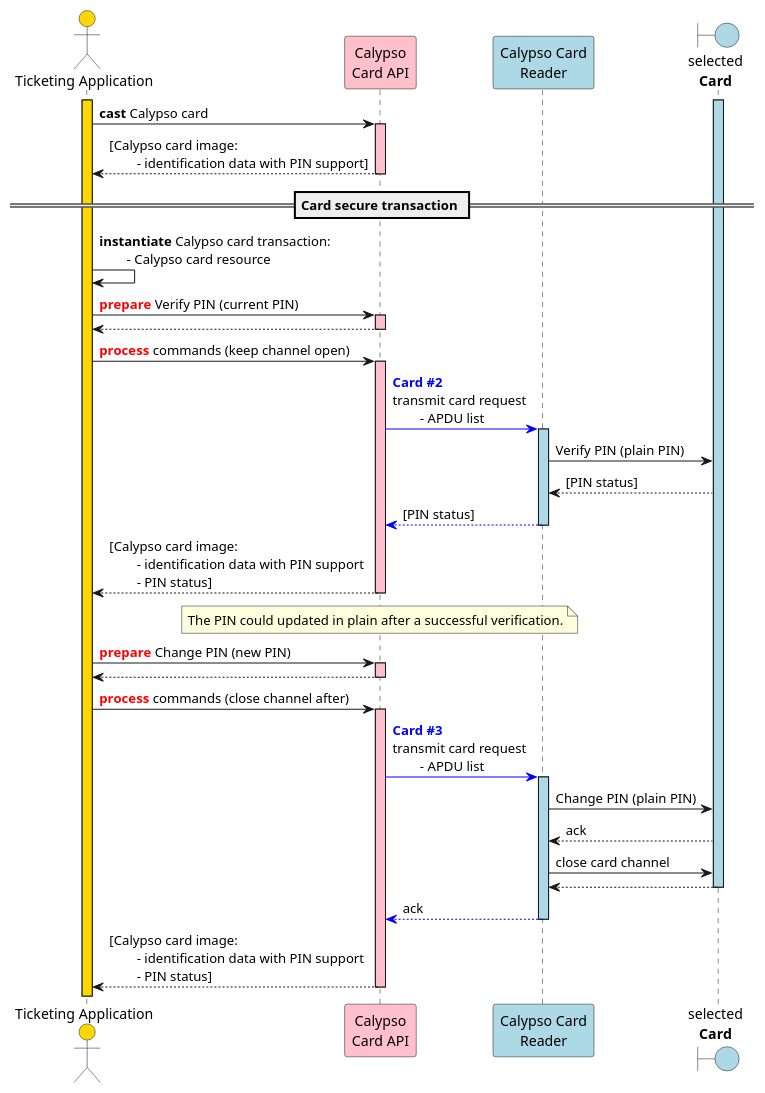
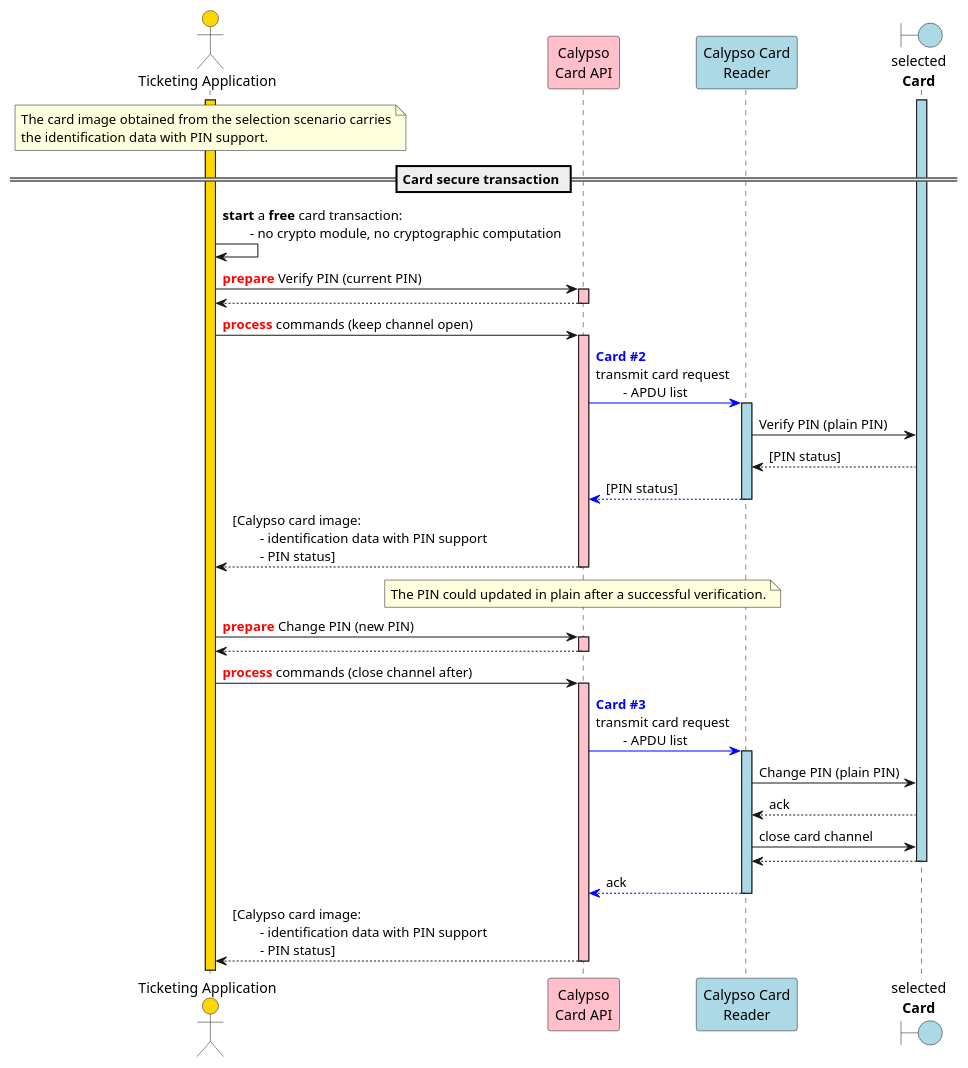
Before and after one commit to calypsonet/calypsonet-terminal-api-website: the diagram in static/media/specifications/calypso_transaction_Verify_Change_Plain_PIN_sequence_diagram.puml, drawn with PlantUML. The commit also changed 19 other files, not shown here.

Commit message:
fix: update transaction descriptions in UML diagrams for clarity and consistency

```diff
--- a/static/media/specifications/calypso_transaction_Verify_Change_Plain_PIN_sequence_diagram.puml
+++ b/static/media/specifications/calypso_transaction_Verify_Change_Plain_PIN_sequence_diagram.puml
@@ -1,112 +1,111 @@
 @startuml
 
 'skinparam ClassBorderColor #F1C40F
 skinparam ClassBorderColor #D4AC0D
 skinparam stereotypeABorderColor #A9DCDF
 skinparam stereotypeIBorderColor #B4A7E5
 skinparam stereotypeCBorderColor #ADD1B2
 skinparam stereotypeEBorderColor #EB93DF
 skinparam shadowing false
 
 skinparam StateBorderColor #D4AC0D
 skinparam ActivityBorderColor #D4AC0D
 
 ' Red
 skinparam ClassBackgroundColor<<red>> #FDEDEC
 skinparam ClassBorderColor<<red>> #E74C3C
 hide <<red>> stereotype
 ' Purple
 skinparam ClassBackgroundColor<<purple>> #F4ECF7
 skinparam ClassBorderColor<<purple>> #8E44AD
 hide <<purple>> stereotype
 ' blue
 skinparam ClassBackgroundColor<<blue>> #EBF5FB
 skinparam ClassBorderColor<<blue>> #3498DB
 hide <<blue>> stereotype
 ' Green
 skinparam ClassBackgroundColor<<green>> #EAFAF1
 skinparam ClassBorderColor<<green>> #2ECC71
 hide <<green>> stereotype
 
 ' Orange
 skinparam ClassBackgroundColor<<orange>> #FDF2E9
 skinparam ClassBorderColor<<orange>> #E67E22
 hide <<orange>> stereotype
 
 ' Grey
 skinparam ClassBackgroundColor<<grey>> #EAECEE
 skinparam ClassBorderColor<<grey>> #2C3E50
 hide <<grey>> stereotype
 
 actor "Ticketing Application" as app #gold
 participant "Calypso\nCard API" as capi #pink
 participant "Calypso Card\nReader" as cardReader #lightBlue
 boundary "selected\n**Card**" as card #lightBlue
 
 activate app #gold
 
 activate card #lightBlue
 
-app->capi: **cast** Calypso card
-activate capi  #pink
-capi-->app: [Calypso card image:\n\t- identification data with PIN support]
-
-deactivate capi
+note over app
+    The card image obtained from the selection scenario carries
+    the identification data with PIN support.
+end note
 
 == Card secure transaction ==
 
-app->app: **instantiate** Calypso card transaction:\n\t- Calypso card resource
+app->app: **start** a **free** card transaction:\n\t- no crypto module, no cryptographic computation
 
 app->capi: <font color=red>**prepare**</font> Verify PIN (current PIN)
 activate capi  #pink
 capi-->app
 deactivate capi
 
 app->capi: <font color=red>**process**</font> commands (keep channel open)
 activate capi  #pink
 
 capi-[#0000FF]>cardReader: <font color=blue>**Card #2**</font>\ntransmit card request\n\t- APDU list
 activate cardReader #lightBlue
 
 'group Card APDU commands inside session
     cardReader->card: Verify PIN (plain PIN)
     card-->cardReader: [PIN status]
 'end
 
 cardReader-[#0000FF]->capi: [PIN status]
 deactivate cardReader
 
 capi-->app: [Calypso card image:\n\t- identification data with PIN support\n\t- PIN status]
 deactivate capi
 
 note over capi
     The PIN could updated in plain after a successful verification.
 end note
 
 app->capi: <font color=red>**prepare**</font> Change PIN (new PIN)
 activate capi  #pink
 capi-->app
 deactivate capi
 
 app->capi: <font color=red>**process**</font> commands (close channel after)
 activate capi  #pink
 
 capi-[#0000FF]>cardReader: <font color=blue>**Card #3**</font>\ntransmit card request\n\t- APDU list
 activate cardReader #lightBlue
 
 'group Card APDU commands inside session
     cardReader->card: Change PIN (plain PIN)
     card-->cardReader: ack
     cardReader->card: close card channel
     card-->cardReader
 'end
 deactivate card
 
 cardReader-[#0000FF]->capi: ack
 deactivate cardReader
 
 capi-->app: [Calypso card image:\n\t- identification data with PIN support\n\t- PIN status]
 deactivate capi
 
 deactivate capi
 @enduml
```
